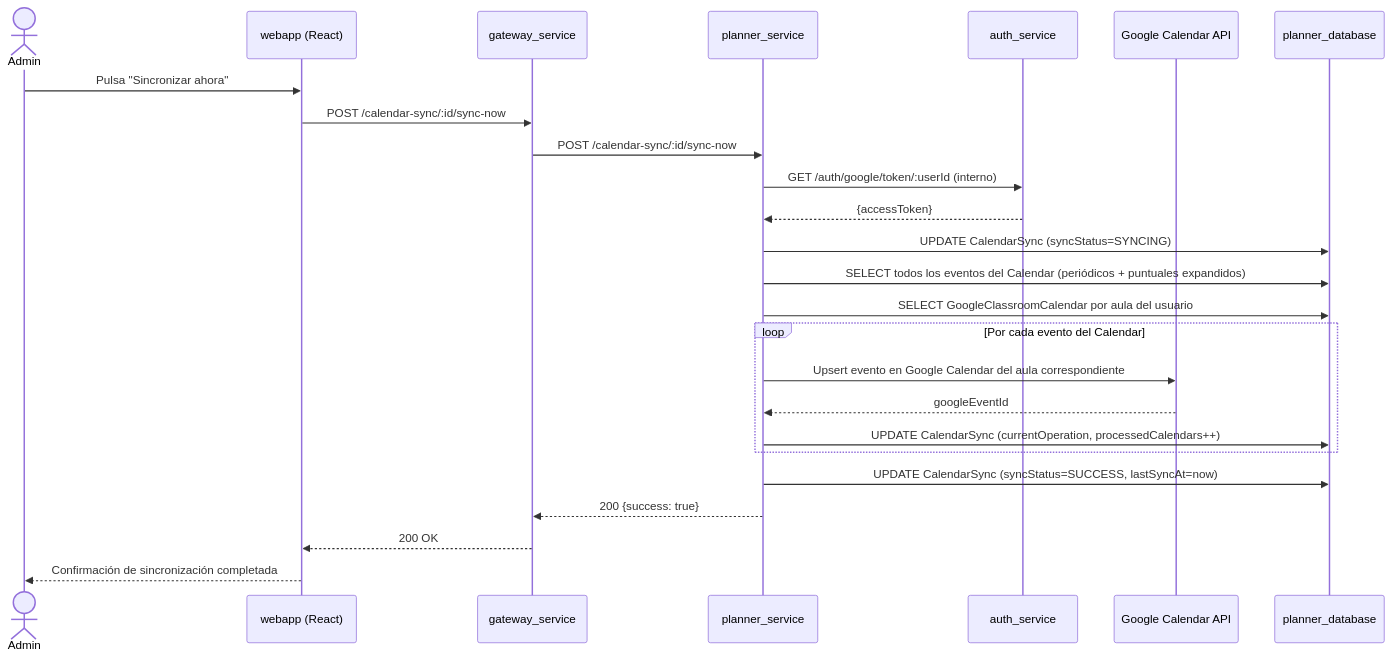
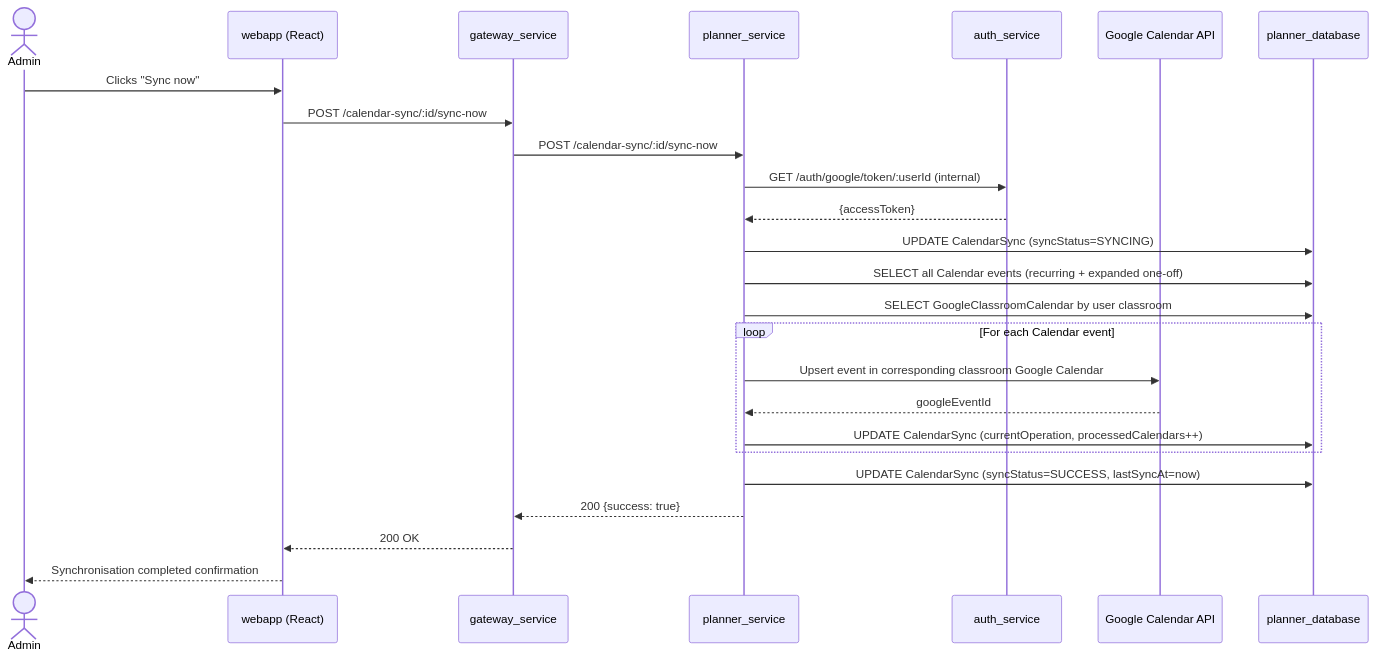
One commit to Murias10/TeachingPlanner changed the tenth of 10 diagrams in docs/capitulo5_diseno.md. Above: the diagram before and after it, drawn with Mermaid. The commit also changed other lines of this file and 2 other files, not shown here.

````diff
--- a/docs/capitulo5_diseno.md
+++ b/docs/capitulo5_diseno.md
@@ -887,28 +911,28 @@
 ```mermaid
 sequenceDiagram
     actor Admin
     participant webapp as webapp (React)
     participant gateway as gateway_service
     participant planner as planner_service
     participant auth as auth_service
     participant google as Google Calendar API
     participant db as planner_database
 
-    Admin->>webapp: Pulsa "Sincronizar ahora"
+    Admin->>webapp: Clicks "Sync now"
     webapp->>gateway: POST /calendar-sync/:id/sync-now
     gateway->>planner: POST /calendar-sync/:id/sync-now
-    planner->>auth: GET /auth/google/token/:userId (interno)
+    planner->>auth: GET /auth/google/token/:userId (internal)
     auth-->>planner: {accessToken}
     planner->>db: UPDATE CalendarSync (syncStatus=SYNCING)
-    planner->>db: SELECT todos los eventos del Calendar (periódicos + puntuales expandidos)
-    planner->>db: SELECT GoogleClassroomCalendar por aula del usuario
-    loop Por cada evento del Calendar
-        planner->>google: Upsert evento en Google Calendar del aula correspondiente
+    planner->>db: SELECT all Calendar events (recurring + expanded one-off)
+    planner->>db: SELECT GoogleClassroomCalendar by user classroom
+    loop For each Calendar event
+        planner->>google: Upsert event in corresponding classroom Google Calendar
         google-->>planner: googleEventId
         planner->>db: UPDATE CalendarSync (currentOperation, processedCalendars++)
     end
     planner->>db: UPDATE CalendarSync (syncStatus=SUCCESS, lastSyncAt=now)
     planner-->>gateway: 200 {success: true}
     gateway-->>webapp: 200 OK
-    webapp-->>Admin: Confirmación de sincronización completada
+    webapp-->>Admin: Synchronisation completed confirmation
 ```
````
